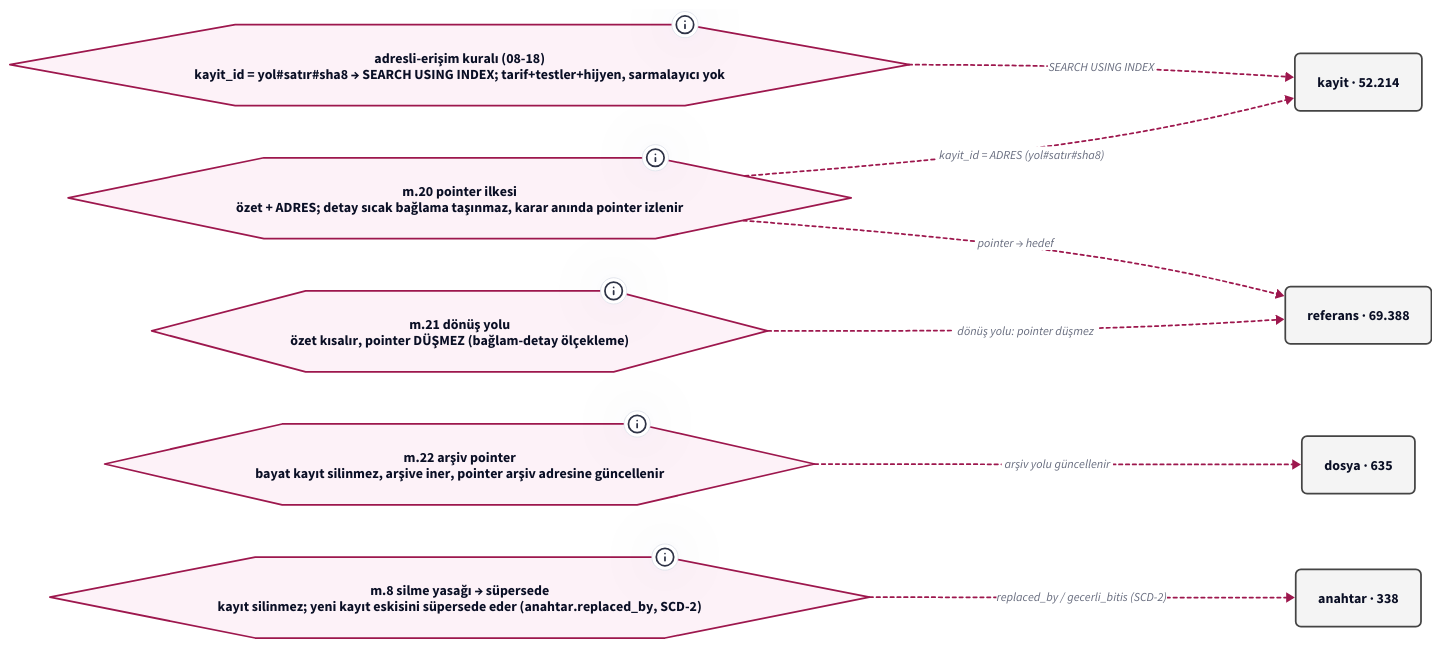
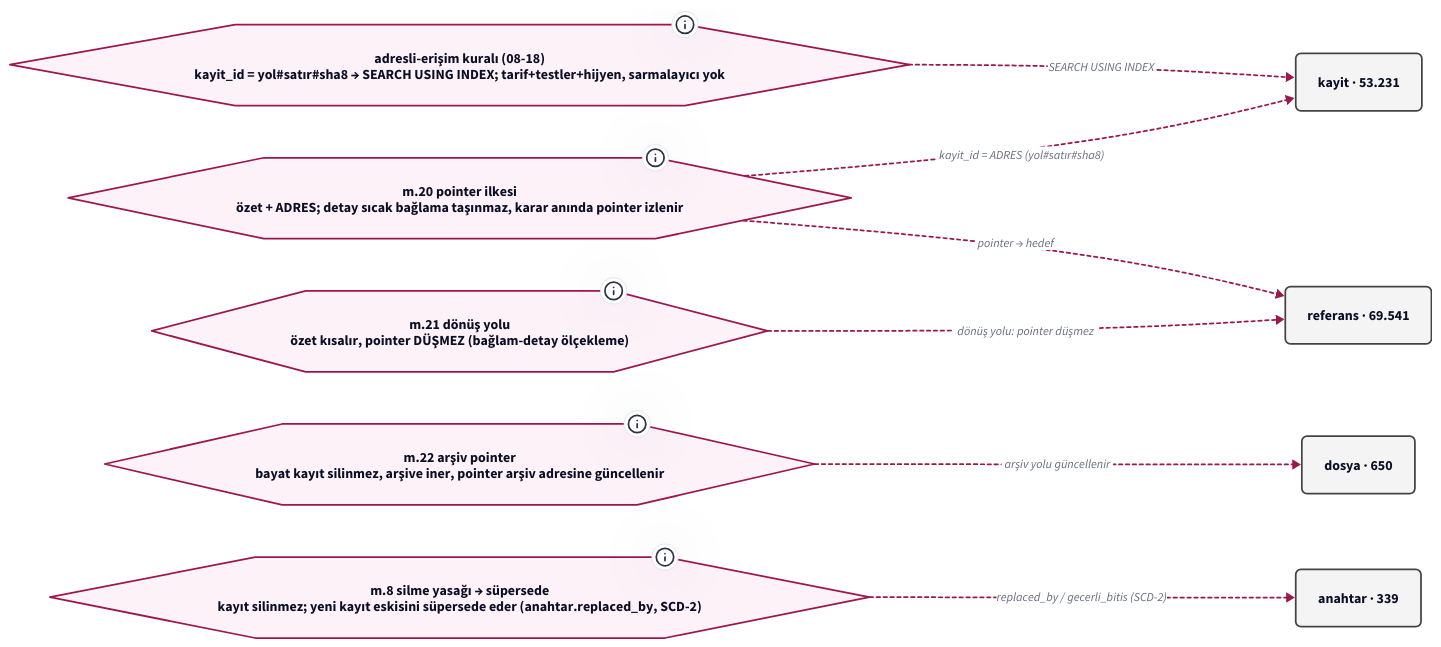
The diagram in graf/pointer-sistemi-v0-ilke.d2 (salihsahinin/sistem), drawn with D2 before and after one commit. The commit also changed 51 other files, not shown here.

```diff
--- a/graf/pointer-sistemi-v0-ilke.d2
+++ b/graf/pointer-sistemi-v0-ilke.d2
@@ -1,33 +1,33 @@
 # Jarvis POINTER SİSTEMİ — POINTER İLKESİ → MEKANİZMA (pano 3/4) (türetilmiş görünüm; ham kaynak silver/bronz)
-# üretici: tools/pointer-graf.py · silver 4745df9 · HEAD 4745df9 · d2 v0.8.1-HEAD · render: d2 --layout=elk (ELK bundled; TALA girmez; determinizm yerel sha256 ile ölçülür — Karar 65)
+# üretici: tools/pointer-graf.py · silver 753e3a1 · HEAD 753e3a1 · d2 v0.8.1-HEAD · render: d2 --layout=elk (ELK bundled; TALA girmez; determinizm yerel sha256 ile ölçülür — Karar 65)
 # içerik katmanı: düğüm/kenar = silver'dan script türetimi (LLM yazmaz); ilke/kronoloji = kanon SABİTİ (pointer'lı, script içinde); yorum katmanı = bu # satırları
 direction: right
 classes: {
   kutu: { style: { fill: "#F4F4F4"; stroke: "#444444"; font-size: 16; border-radius: 6 } }
   pointer: { style: { fill: "#E8F0FE"; stroke: "#1A56DB"; border-radius: 6 } }
   anahtar: { style: { fill: "#FFF4E5"; stroke: "#B45309"; border-radius: 6 } }
   hat: { style: { fill: "#ECFDF5"; stroke: "#047857"; bold: true; border-radius: 6 } }
   ilke: { shape: hexagon; style: { fill: "#FDF2F8"; stroke: "#9D174D" } }
   kron: { shape: page; style: { fill: "#FFFFFF"; stroke: "#6B7280" } }
   dis: { shape: cloud; style: { fill: "#FAFAFA"; stroke: "#9CA3AF" } }
   kirik: { style: { stroke: "#DC2626"; stroke-dash: 3; font-size: 14 } }
   supersede: { style: { stroke: "#B45309"; stroke-dash: 5 } }
   fk: { style: { stroke: "#444444"; font-size: 14 } }
   turetir: { style: { stroke: "#047857"; stroke-width: 3 } }
   uygular: { style: { stroke: "#9D174D"; stroke-dash: 2; font-size: 14 } }
 }
 adres: "adresli-erişim kuralı (08-18)\nkayit_id = yol#satır#sha8 → SEARCH USING INDEX; tarif+testler+hijyen, sarmalayıcı yok" { class: ilke; tooltip: "KILAVUZ.md tasarım-ilkeleri · kuyruk/senaryo-defteri.md Karar 62" }
 m20: "m.20 pointer ilkesi\nözet + ADRES; detay sıcak bağlama taşınmaz, karar anında pointer izlenir" { class: ilke; tooltip: "core/tuzuk-v0.md m.20 · wiki/pointer-sistemi.md" }
 m21: "m.21 dönüş yolu\nözet kısalır, pointer DÜŞMEZ (bağlam-detay ölçekleme)" { class: ilke; tooltip: "core/tuzuk-v0.md m.21" }
 m22: "m.22 arşiv pointer\nbayat kayıt silinmez, arşive iner, pointer arşiv adresine güncellenir" { class: ilke; tooltip: "core/tuzuk-v0.md m.22" }
 m8: "m.8 silme yasağı → süpersede\nkayıt silinmez; yeni kayıt eskisini süpersede eder (anahtar.replaced_by, SCD-2)" { class: ilke; tooltip: "core/tuzuk-v0.md m.8 · core/baglam-anahtar-kaydi.md §3" }
-kayit: "kayit · 52.214" { class: kutu }
-referans: "referans · 69.388" { class: kutu }
-dosya: "dosya · 635" { class: kutu }
-anahtar: "anahtar · 338" { class: kutu }
+kayit: "kayit · 53.231" { class: kutu }
+referans: "referans · 69.541" { class: kutu }
+dosya: "dosya · 650" { class: kutu }
+anahtar: "anahtar · 339" { class: kutu }
 adres -> kayit: "SEARCH USING INDEX" { class: uygular }
 m20 -> kayit: "kayit_id = ADRES (yol#satır#sha8)" { class: uygular }
 m20 -> referans: "pointer → hedef" { class: uygular }
 m21 -> referans: "dönüş yolu: pointer düşmez" { class: uygular }
 m22 -> dosya: "arşiv yolu güncellenir" { class: uygular }
 m8 -> anahtar: "replaced_by / gecerli_bitis (SCD-2)" { class: uygular }
```
